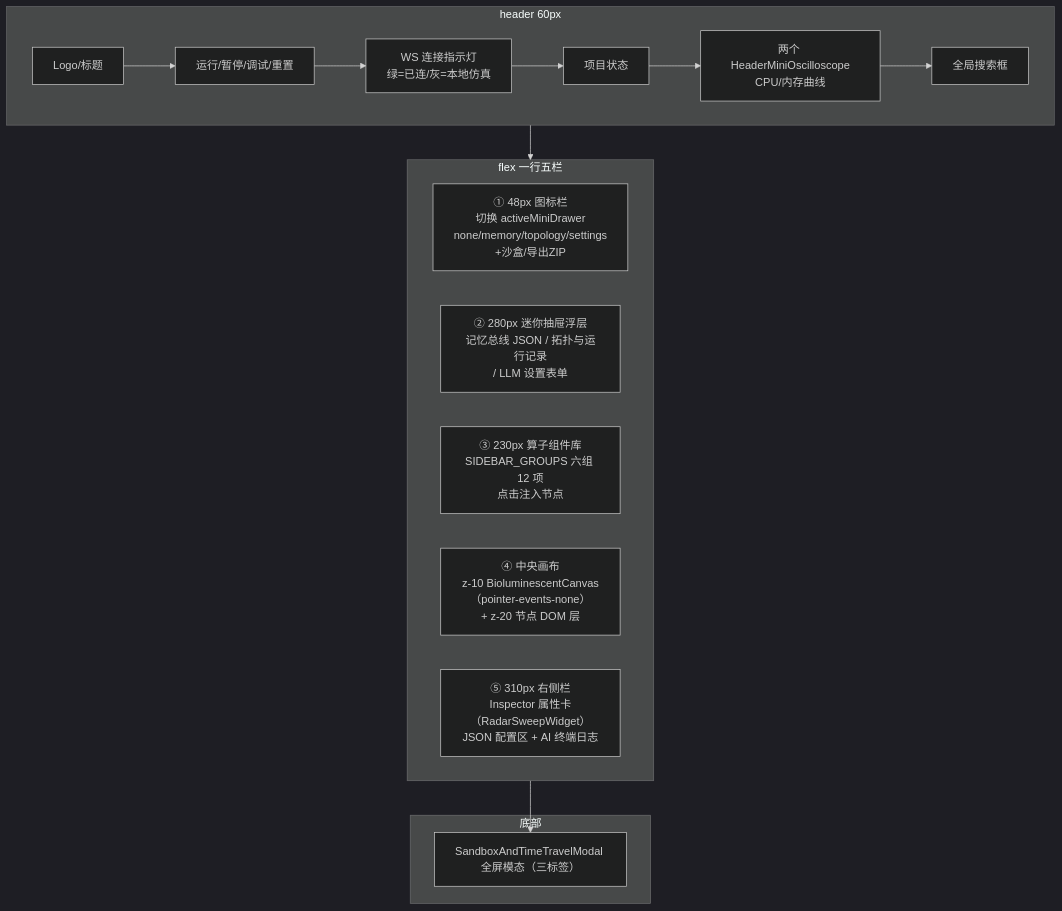
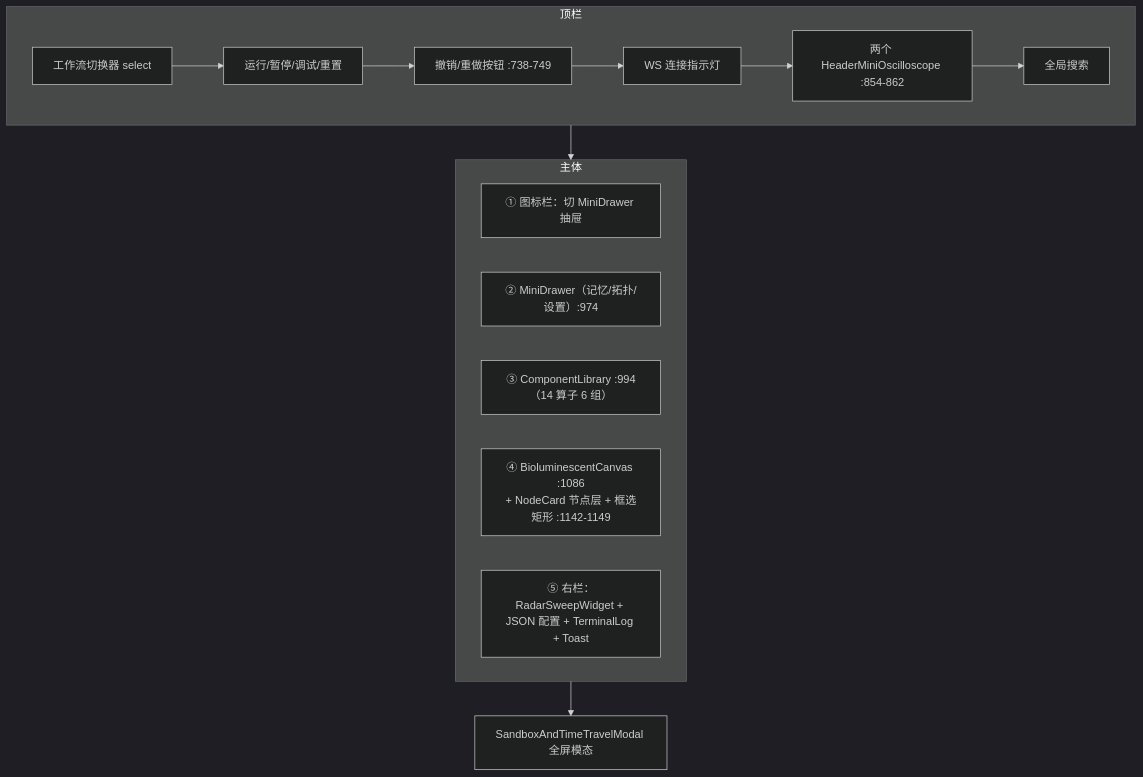
Before and after one commit to happy520ai/aigent-workflow-studio: the third of 4 diagrams in 项目源码与架构文档.md, drawn with Mermaid (dark theme). The commit also changed other lines of this file and 8 other files, not shown here.

````diff
--- a/项目源码与架构文档.md
+++ b/项目源码与架构文档.md
@@ -460,18 +420,16 @@
 ```mermaid
 flowchart TB
-    subgraph 顶栏["header 60px"]
-        LOGO[Logo/标题] --> BTN[运行/暂停/调试/重置] --> WS[WS 连接指示灯<br/>绿=已连/灰=本地仿真]
-        WS --> STATUS[项目状态] --> OSC[两个 HeaderMiniOscilloscope<br/>CPU/内存曲线] --> SEARCH[全局搜索框]
+    subgraph 顶栏
+        WS[工作流切换器 select] --> CTL[运行/暂停/调试/重置] --> UNDO[撤销/重做按钮 :738-749]
+        UNDO --> IND[WS 连接指示灯] --> OSC[两个 HeaderMiniOscilloscope :854-862] --> SEARCH[全局搜索]
     end
-    subgraph 主体["flex 一行五栏"]
-        ICON["① 48px 图标栏<br/>切换 activeMiniDrawer<br/>none/memory/topology/settings<br/>+沙盒/导出ZIP"]
-        DRAWER["② 280px 迷你抽屉浮层<br/>记忆总线 JSON / 拓扑与运行记录<br/>/ LLM 设置表单"]
-        LIB["③ 230px 算子组件库<br/>SIDEBAR_GROUPS 六组 12 项<br/>点击注入节点"]
-        CANVAS["④ 中央画布<br/>z-10 BioluminescentCanvas（pointer-events-none）<br/>+ z-20 节点 DOM 层"]
-        RIGHT["⑤ 310px 右侧栏<br/>Inspector 属性卡（RadarSweepWidget）<br/>JSON 配置区 + AI 终端日志"]
+    subgraph 主体
+        RAIL["① 图标栏：切 MiniDrawer 抽屉"]
+        DRAWER["② MiniDrawer（记忆/拓扑/设置）:974"]
+        LIB["③ ComponentLibrary :994（14 算子 6 组）"]
+        CANVAS["④ BioluminescentCanvas :1086<br/>+ NodeCard 节点层 + 框选矩形 :1142-1149"]
+        RIGHT["⑤ 右栏：RadarSweepWidget + JSON 配置 + TerminalLog + Toast"]
     end
-    subgraph 底部
-        MODAL["SandboxAndTimeTravelModal 全屏模态（三标签）"]
-    end
+    MODAL["SandboxAndTimeTravelModal 全屏模态"]
     顶栏 --> 主体 --> MODAL
 ```
````
